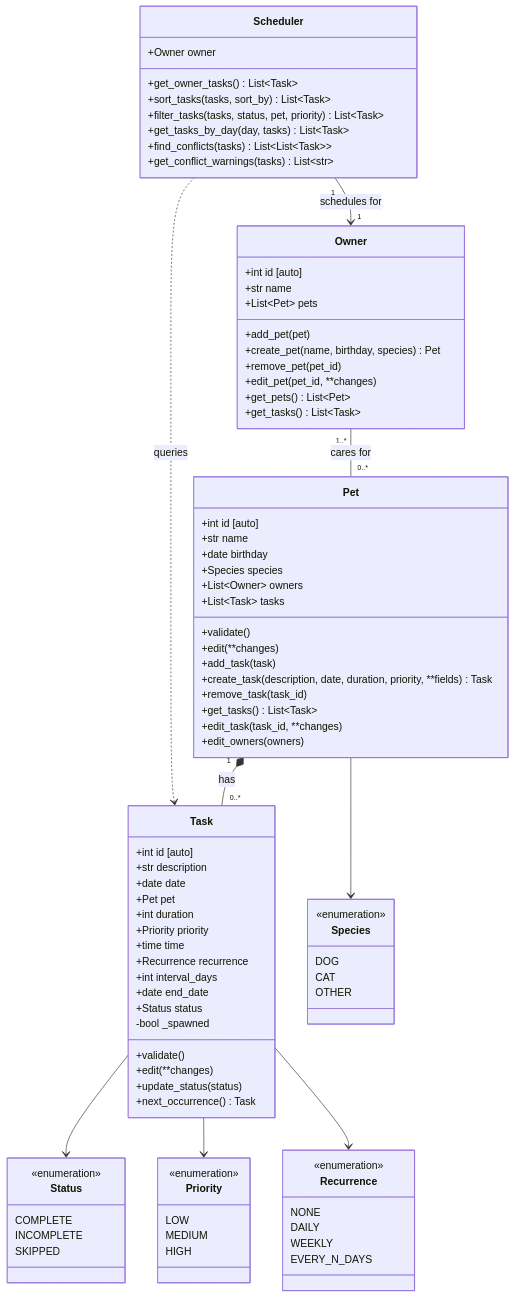
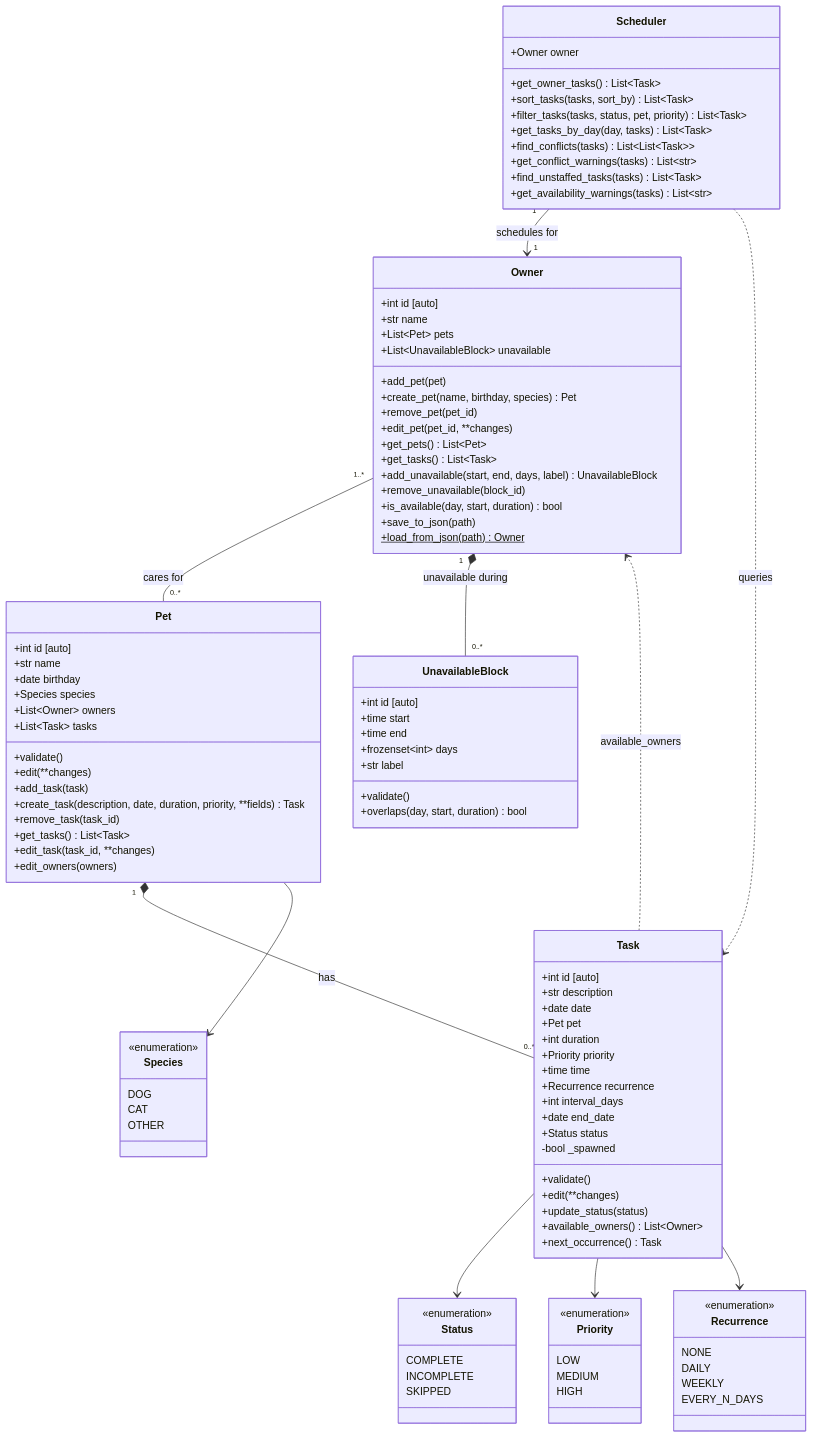
One commit to DerickPalos/ai110-module2show-pawpal-starter changed the diagram in diagrams/uml_final.mmd. Above: the diagram before and after it, drawn with Mermaid. The commit also changed 7 other files, not shown here.

```diff
--- a/diagrams/uml_final.mmd
+++ b/diagrams/uml_final.mmd
@@ -1,96 +1,117 @@
 classDiagram
     class Owner {
         +int id [auto]
         +str name
         +List~Pet~ pets
+        +List~UnavailableBlock~ unavailable
         +add_pet(pet)
         +create_pet(name, birthday, species) Pet
         +remove_pet(pet_id)
         +edit_pet(pet_id, **changes)
         +get_pets() List~Pet~
         +get_tasks() List~Task~
+        +add_unavailable(start, end, days, label) UnavailableBlock
+        +remove_unavailable(block_id)
+        +is_available(day, start, duration) bool
+        +save_to_json(path)
+        +load_from_json(path)$ Owner
+    }
+
+    class UnavailableBlock {
+        +int id [auto]
+        +time start
+        +time end
+        +frozenset~int~ days
+        +str label
+        +validate()
+        +overlaps(day, start, duration) bool
     }
 
     class Pet {
         +int id [auto]
         +str name
         +date birthday
         +Species species
         +List~Owner~ owners
         +List~Task~ tasks
         +validate()
         +edit(**changes)
         +add_task(task)
         +create_task(description, date, duration, priority, **fields) Task
         +remove_task(task_id)
         +get_tasks() List~Task~
         +edit_task(task_id, **changes)
         +edit_owners(owners)
     }
 
     class Task {
         +int id [auto]
         +str description
         +date date
         +Pet pet
         +int duration
         +Priority priority
         +time time
         +Recurrence recurrence
         +int interval_days
         +date end_date
         +Status status
         -bool _spawned
         +validate()
         +edit(**changes)
         +update_status(status)
+        +available_owners() List~Owner~
         +next_occurrence() Task
     }
 
     class Scheduler {
         +Owner owner
         +get_owner_tasks() List~Task~
         +sort_tasks(tasks, sort_by) List~Task~
         +filter_tasks(tasks, status, pet, priority) List~Task~
         +get_tasks_by_day(day, tasks) List~Task~
         +find_conflicts(tasks) List~List~Task~~
         +get_conflict_warnings(tasks) List~str~
+        +find_unstaffed_tasks(tasks) List~Task~
+        +get_availability_warnings(tasks) List~str~
     }
 
     class Status {
         <<enumeration>>
         COMPLETE
         INCOMPLETE
         SKIPPED
     }
 
     class Priority {
         <<enumeration>>
         LOW
         MEDIUM
         HIGH
     }
 
     class Species {
         <<enumeration>>
         DOG
         CAT
         OTHER
     }
 
     class Recurrence {
         <<enumeration>>
         NONE
         DAILY
         WEEKLY
         EVERY_N_DAYS
     }
 
     Owner "1..*" -- "0..*" Pet : cares for
     Pet "1" *-- "0..*" Task : has
+    Owner "1" *-- "0..*" UnavailableBlock : unavailable during
     Scheduler "1" --> "1" Owner : schedules for
     Scheduler ..> Task : queries
+    Task ..> Owner : available_owners
     Pet --> Species
     Task --> Status
     Task --> Priority
     Task --> Recurrence
```
